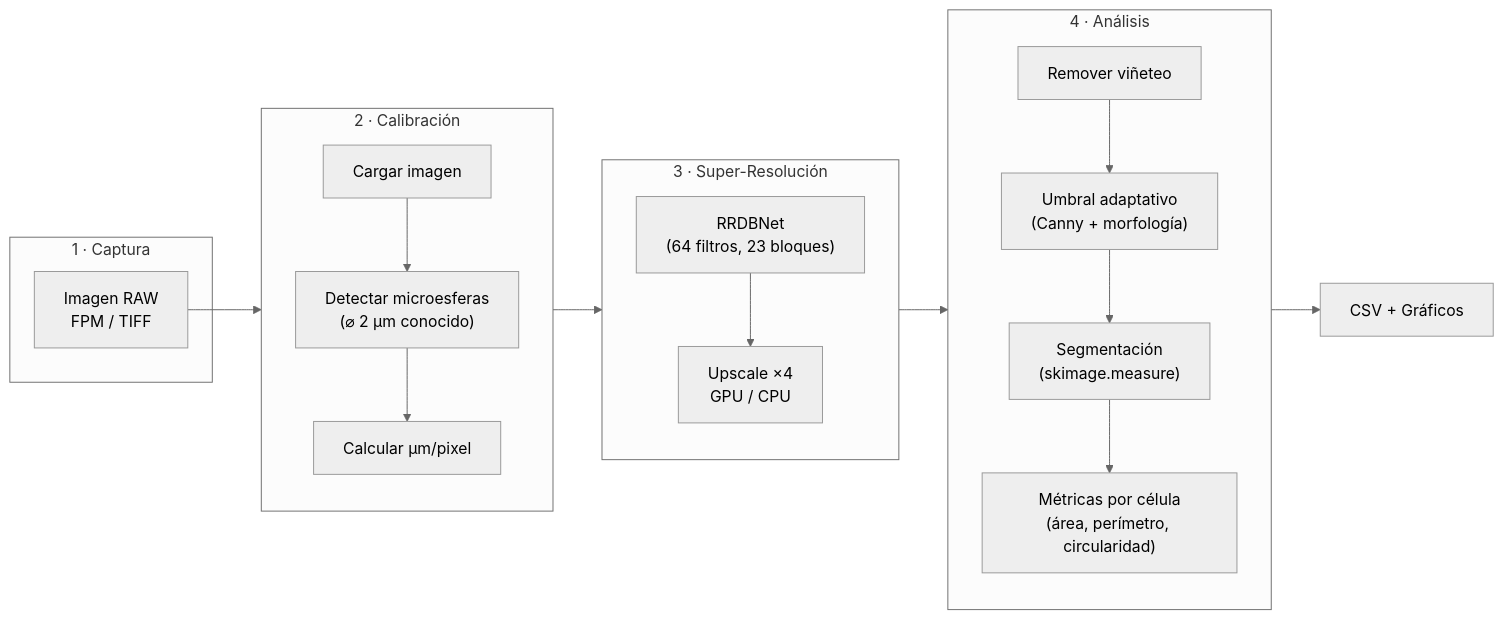
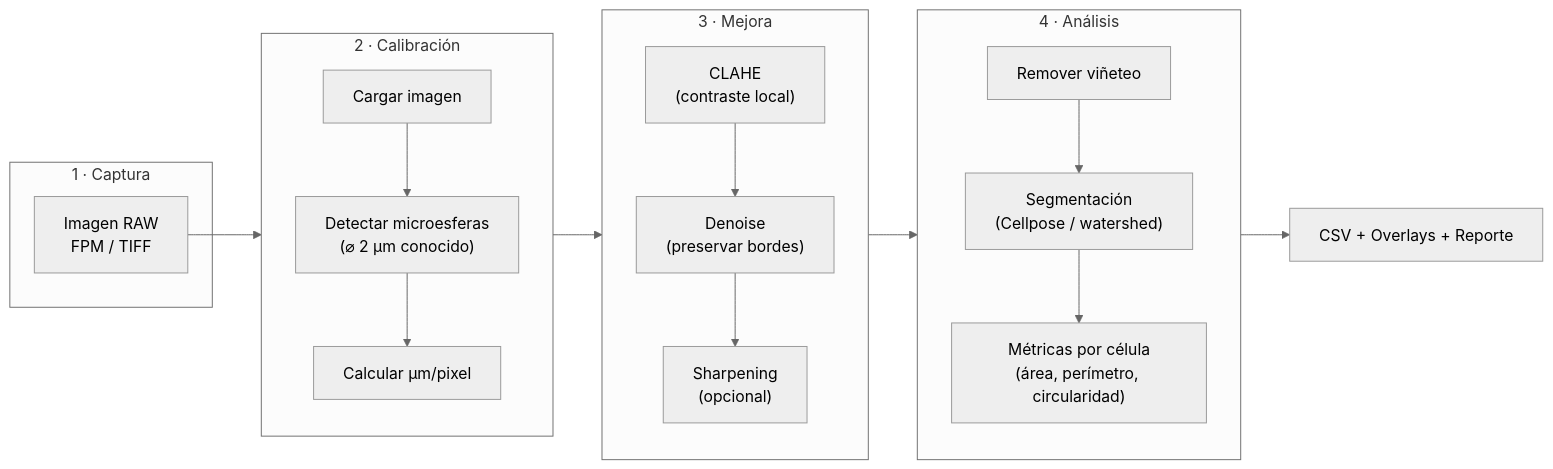
One commit to JaminYC/CubeSat-EdgeAI-Payload changed the second of 3 diagrams in README.md. Above: the diagram before and after it, drawn with Mermaid (neutral theme). The commit also changed other lines of this file and 1 other file, not shown here.

First line of the commit message:
Add autonomous architecture, model evaluation pipeline and prompt

````diff
--- a/README.md
+++ b/README.md
@@ -40,35 +47,35 @@
 ```mermaid
 flowchart LR
     subgraph INPUT["1 · Captura"]
         RAW["Imagen RAW\nFPM / TIFF"]
     end
 
     subgraph CALIBRATE["2 · Calibración"]
         direction TB
         LOAD["Cargar imagen"]
         SPHERE["Detectar microesferas\n(⌀ 2 µm conocido)"]
         SCALE["Calcular µm/pixel"]
         LOAD --> SPHERE --> SCALE
     end
 
-    subgraph ENHANCE["3 · Super-Resolución"]
+    subgraph ENHANCE["3 · Mejora"]
         direction TB
-        RRDB["RRDBNet\n(64 filtros, 23 bloques)"]
-        X4["Upscale ×4\nGPU / CPU"]
-        RRDB --> X4
+        CLAHE["CLAHE\n(contraste local)"]
+        DENOISE["Denoise\n(preservar bordes)"]
+        SHARP["Sharpening\n(opcional)"]
+        CLAHE --> DENOISE --> SHARP
     end
 
     subgraph ANALYZE["4 · Análisis"]
         direction TB
         VIG["Remover viñeteo"]
-        THRESH["Umbral adaptativo\n(Canny + morfología)"]
-        SEG["Segmentación\n(skimage.measure)"]
+        SEG["Segmentación\n(Cellpose / watershed)"]
         METRIC["Métricas por célula\n(área, perímetro, circularidad)"]
-        VIG --> THRESH --> SEG --> METRIC
+        VIG --> SEG --> METRIC
     end
 
     RAW --> LOAD
-    SCALE --> RRDB
-    X4 --> VIG
-    METRIC --> RESULTS["CSV + Gráficos"]
+    SCALE --> CLAHE
+    SHARP --> VIG
+    METRIC --> RESULTS["CSV + Overlays + Reporte"]
 ```
````
